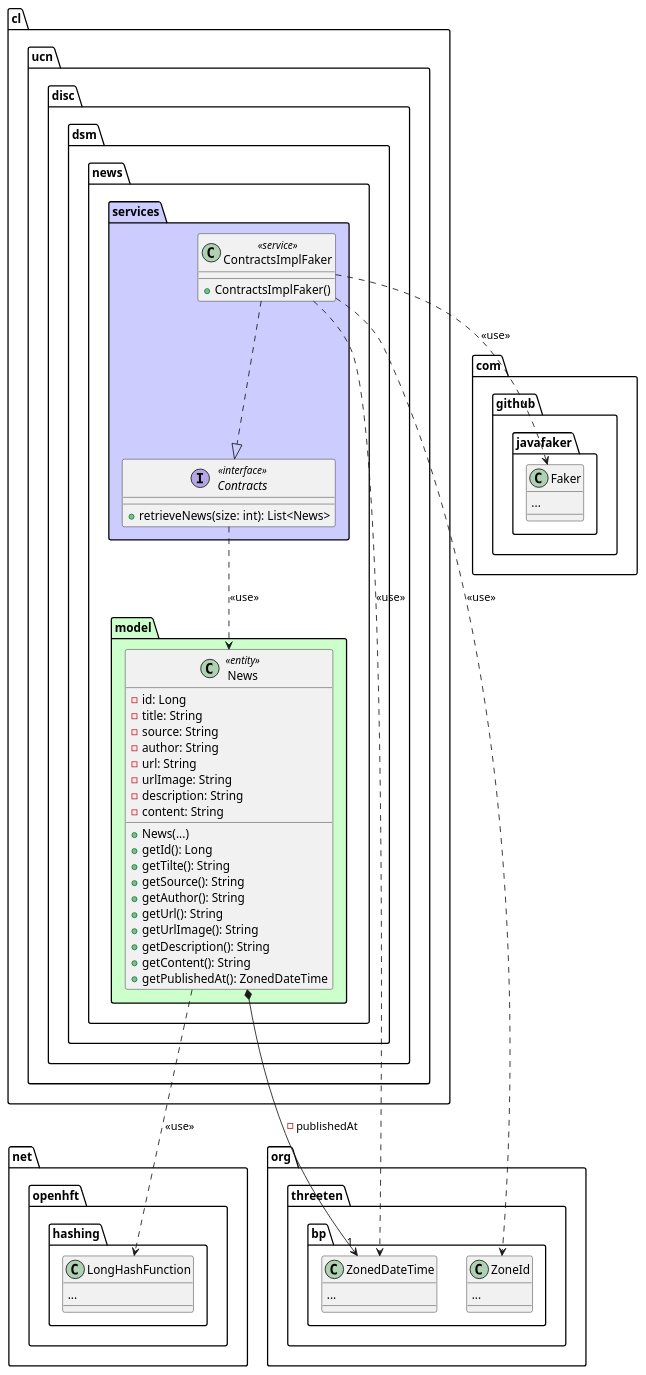
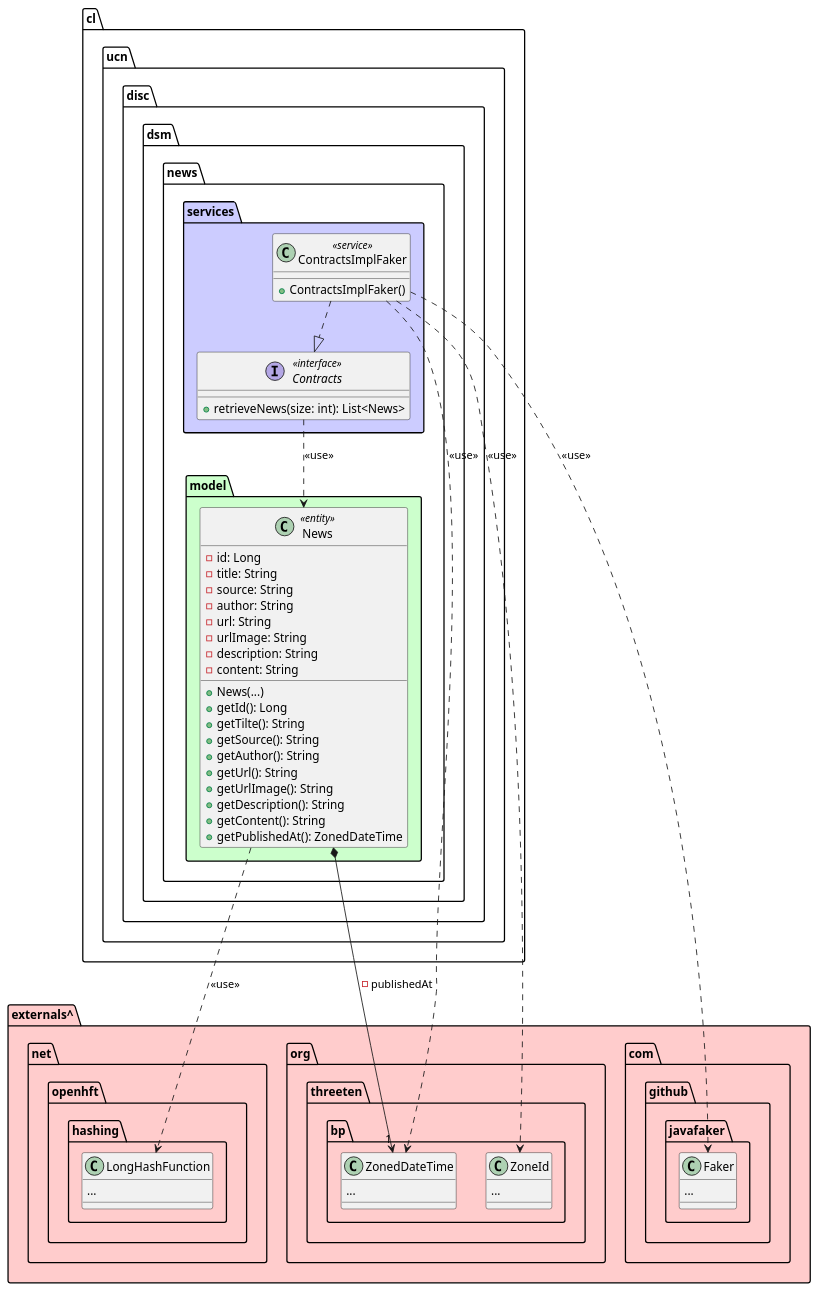
Before and after one commit to FrancoSanchezF/TheNews: the diagram in README.md, drawn with PlantUML. The commit also changed other lines of this file and 5 other files, not shown here.

```diff
--- a/README.md
+++ b/README.md
@@ -7,68 +7,69 @@
 @startuml
-
-package org.threeten.bp {
-    class ZonedDateTime {
+package externals^ #ffcccc{
+    package org.threeten.bp {
+        class ZonedDateTime {
+            ...
+        }
+        class ZoneId {
+            ...
+        }
+    }
+    
+    package net.openhft.hashing {
+        class LongHashFunction {
         ...
+        }
     }
-    class ZoneId {
-        ...
-    }
-}
-
-package net.openhft.hashing {
-    class LongHashFunction {
-    ...
-    }
-}
-
-package com.github.javafaker {
-    class Faker {
-        ...
+    
+    package com.github.javafaker {
+        class Faker {
+            ...
+        }
     }
 }
 
 package cl.ucn.disc.dsm.news {
     
     package model #ccffcc {
         
         class News <<entity>> {
             -id: Long
             -title: String
             -source: String
             -author: String
             -url: String
             -urlImage: String
             -description: String
             -content: String
             +News(...)
             +getId(): Long
             +getTilte(): String
             +getSource(): String
             +getAuthor(): String
             +getUrl(): String
             +getUrlImage(): String
             +getDescription(): String
             +getContent(): String
             +getPublishedAt(): ZonedDateTime
         }
         News *--> "1" ZonedDateTime : -publishedAt
         News ..> LongHashFunction : <<use>>
     }
 
     package services #ccccff {
         interface Contracts <<interface>> {
             + retrieveNews(size: int): List<News>
         }
         Contracts ..> News : <<use>>
 
         class ContractsImplFaker <<service>>{
             + ContractsImplFaker()
         }
         ContractsImplFaker ..|> Contracts
         ContractsImplFaker ..> ZonedDateTime: <<use>>
         ContractsImplFaker ..> ZoneId: <<use>>
         ContractsImplFaker ..> Faker: <<use>>
     }
 
 }
 @enduml
```
